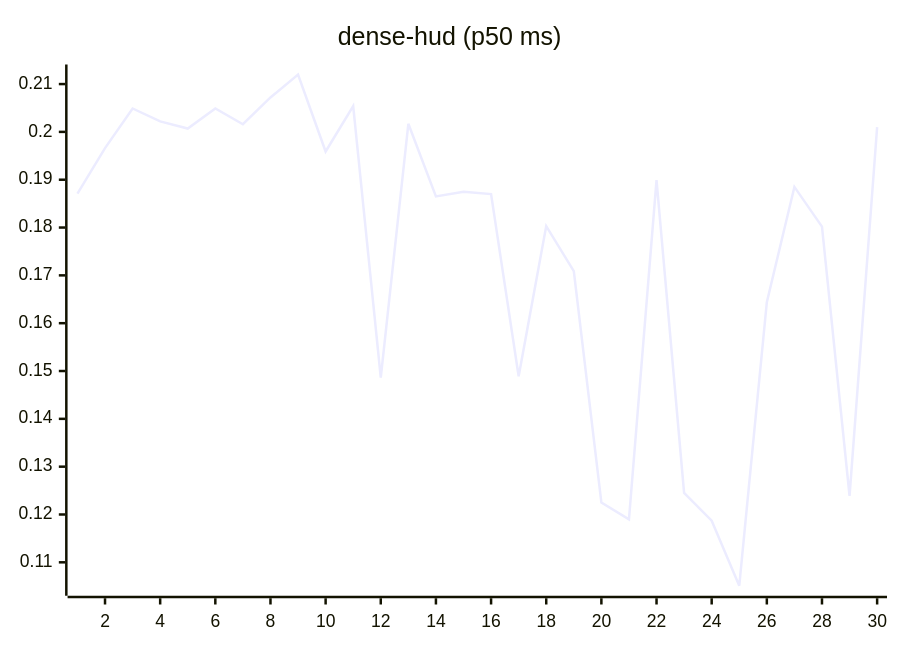
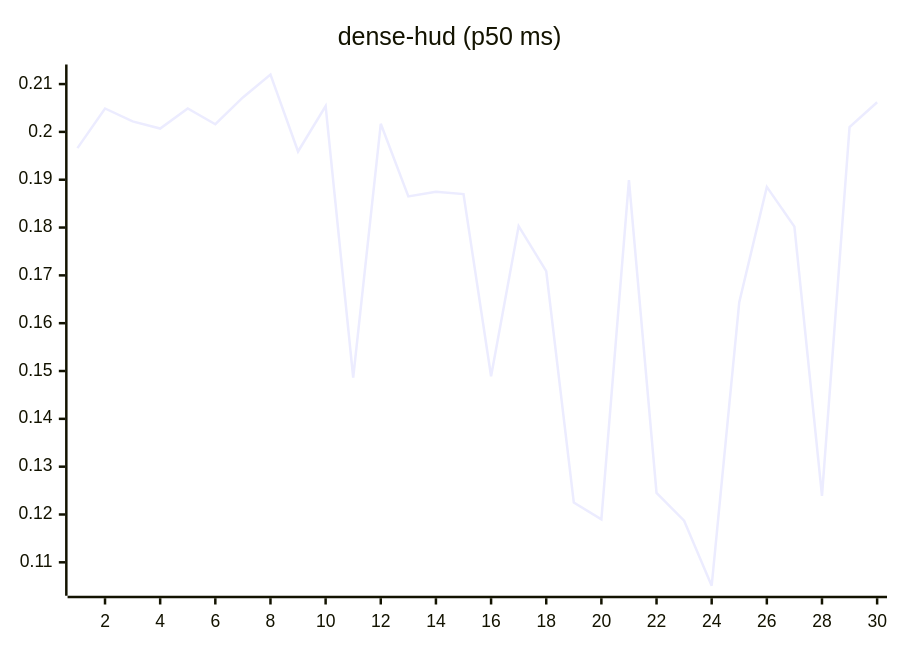
One commit to josha/Facet changed the eighth of 27 diagrams in README.md. Above: the diagram before and after it, drawn with Mermaid. The commit also changed other lines of this file and 2 other files, not shown here.

````diff
--- a/README.md
+++ b/README.md
@@ -112,6 +112,6 @@
 ```mermaid
 xychart-beta
     title "dense-hud (p50 ms)"
     x-axis 1 --> 30
-    line [0.1871, 0.1966, 0.2049, 0.2022, 0.2007, 0.2049, 0.2016, 0.2072, 0.2120, 0.1959, 0.2054, 0.1486, 0.2017, 0.1865, 0.1875, 0.1870, 0.1489, 0.1803, 0.1709, 0.1225, 0.1190, 0.1899, 0.1245, 0.1187, 0.1051, 0.1644, 0.1885, 0.1802, 0.1239, 0.2010]
+    line [0.1966, 0.2049, 0.2022, 0.2007, 0.2049, 0.2016, 0.2072, 0.2120, 0.1959, 0.2054, 0.1486, 0.2017, 0.1865, 0.1875, 0.1870, 0.1489, 0.1803, 0.1709, 0.1225, 0.1190, 0.1899, 0.1245, 0.1187, 0.1051, 0.1644, 0.1885, 0.1802, 0.1239, 0.2010, 0.2062]
 ```
````
